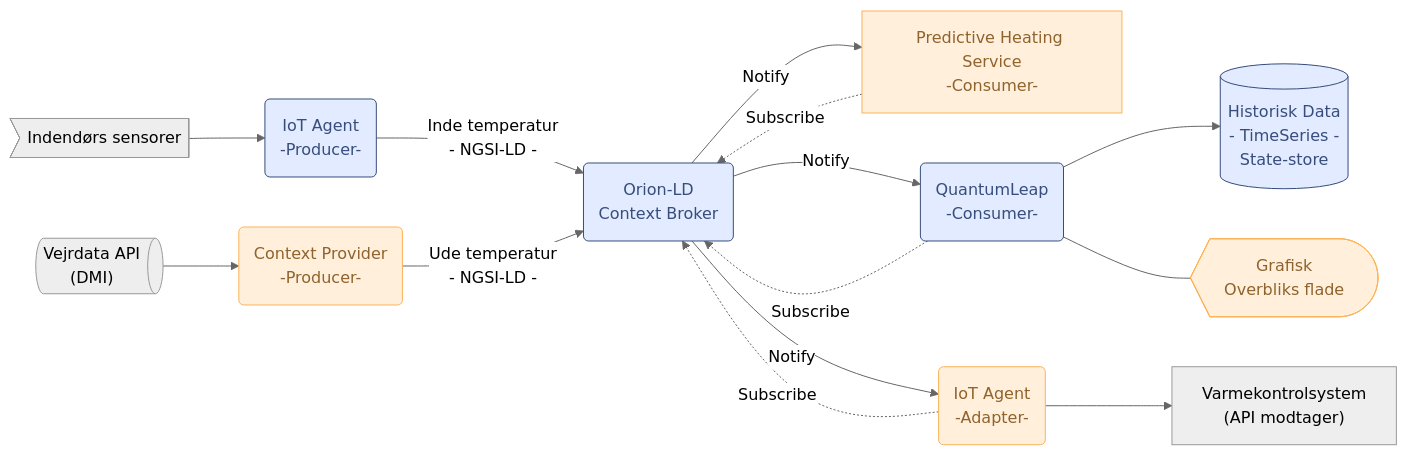
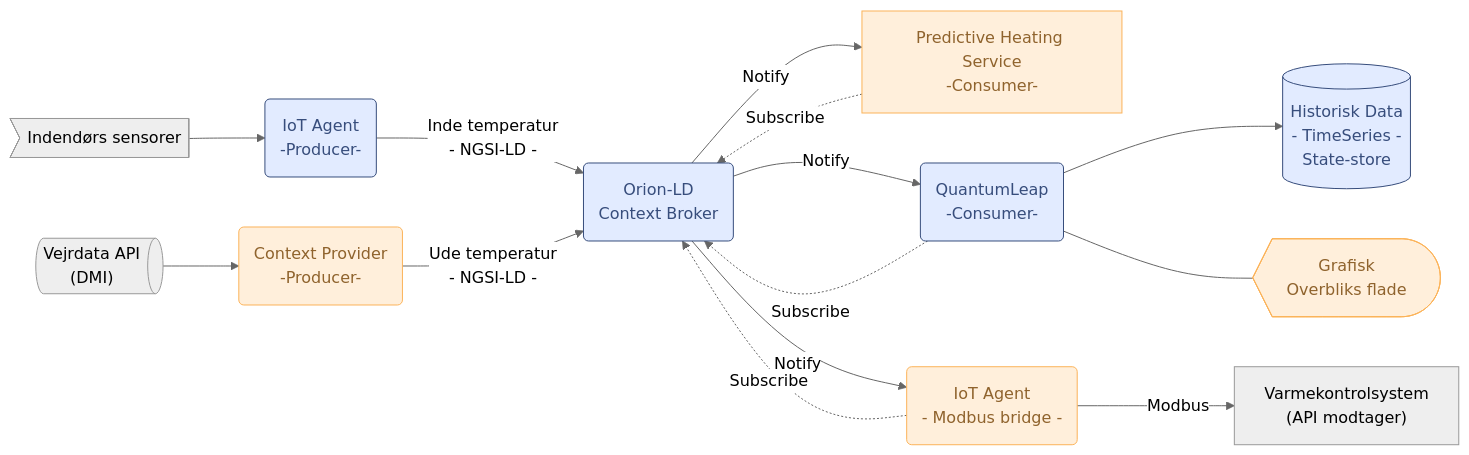
One commit to janhalen/enterprise-architecture-patterns changed the diagram in 20-11-2025-building-heat-standard-broker.md. Above: the diagram before and after it, drawn with Mermaid (neutral theme). The commit also changed other lines of this file and 2 other files, not shown here.

Commit message:
chore: fix status to published

````diff
--- a/20-11-2025-building-heat-standard-broker.md
+++ b/20-11-2025-building-heat-standard-broker.md
@@ -34,36 +34,36 @@
 ```mermaid
 flowchart LR
     S1>"Indendørs sensorer"] --> A1("IoT Agent<br>-Producer-")
     S2["Vejrdata API<br>(DMI)"] --> n1["Context Provider<br>-Producer-"]
     A1 -- "Inde temperatur<br>- NGSI-LD -" --> C("Orion-LD<br>Context Broker")
-    C -- Notify --> AI["Predictive Heating Service<br>-Consumer-"] & QL["QuantumLeap<br>-Consumer-"] & n3["IoT Agent<br>-Adapter-"]
+    C -- Notify --> AI["Predictive Heating Service<br>-Consumer-"] & QL["QuantumLeap<br>-Consumer-"] & n3["IoT Agent<br>- Modbus bridge -"]
     QL --> TS["Historisk Data<br>- TimeSeries -<br>State-store"]
     QL --- n2["Grafisk<br>Overbliks flade"]
     QL -. Subscribe .-> C
     n1 -- "Ude temperatur<br>- NGSI-LD -" --> C
     AI -. Subscribe .-> C
-    n3 --> HVAC["Varmekontrolsystem<br>(API modtager)"]
+    n3 -- Modbus --> HVAC["Varmekontrolsystem<br>(API modtager)"]
     n3 -. Subscribe .-> C
     S2@{ shape: das}
     n1@{ shape: rounded}
     QL@{ shape: rounded}
     n3@{ shape: rounded}
     TS@{ shape: cyl}
     n2@{ shape: display}
      S1:::Ash
      A1:::Sky
      S2:::Ash
      n1:::Peach
      C:::Sky
      AI:::Peach
      QL:::Sky
      n3:::Peach
      TS:::Sky
      n2:::Peach
      HVAC:::Ash
     classDef Aqua fill:#e0f7fa,stroke:#006064,stroke-width:2px
     classDef Ash stroke-width:1px, stroke-dasharray:none, stroke:#999999, fill:#EEEEEE, color:#000000
     classDef Sky stroke-width:1px, stroke-dasharray:none, stroke:#374D7C, fill:#E2EBFF, color:#374D7C
     classDef Peach stroke-width:1px, stroke-dasharray:none, stroke:#FBB35A, fill:#FFEFDB, color:#8F632D
 
 ```
````
